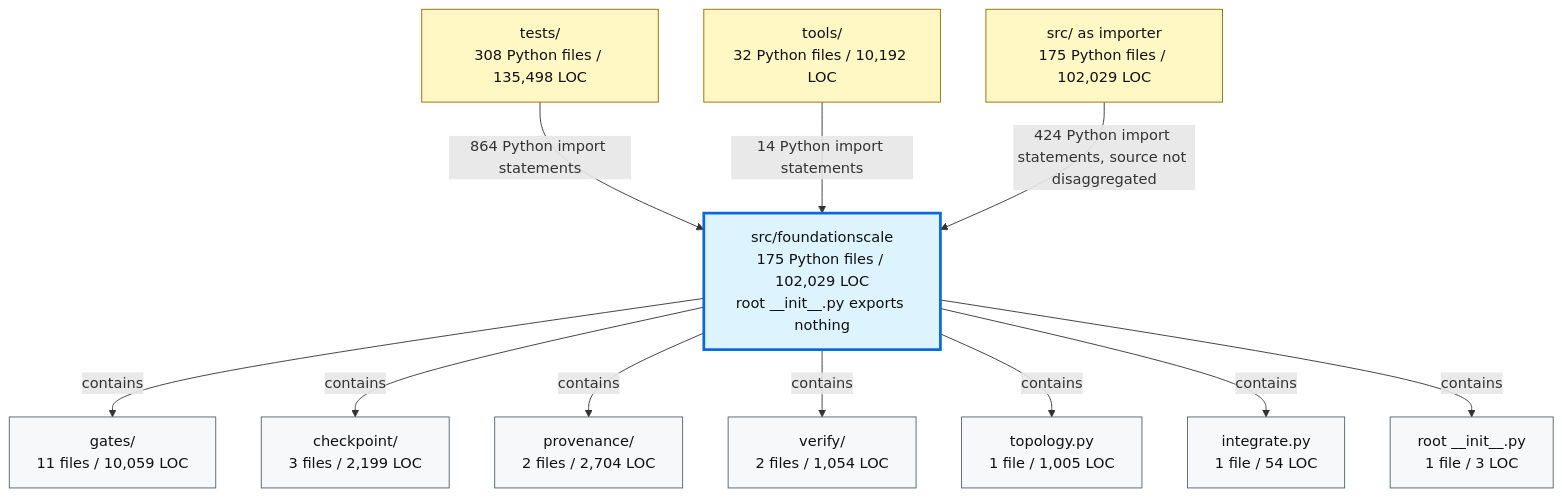
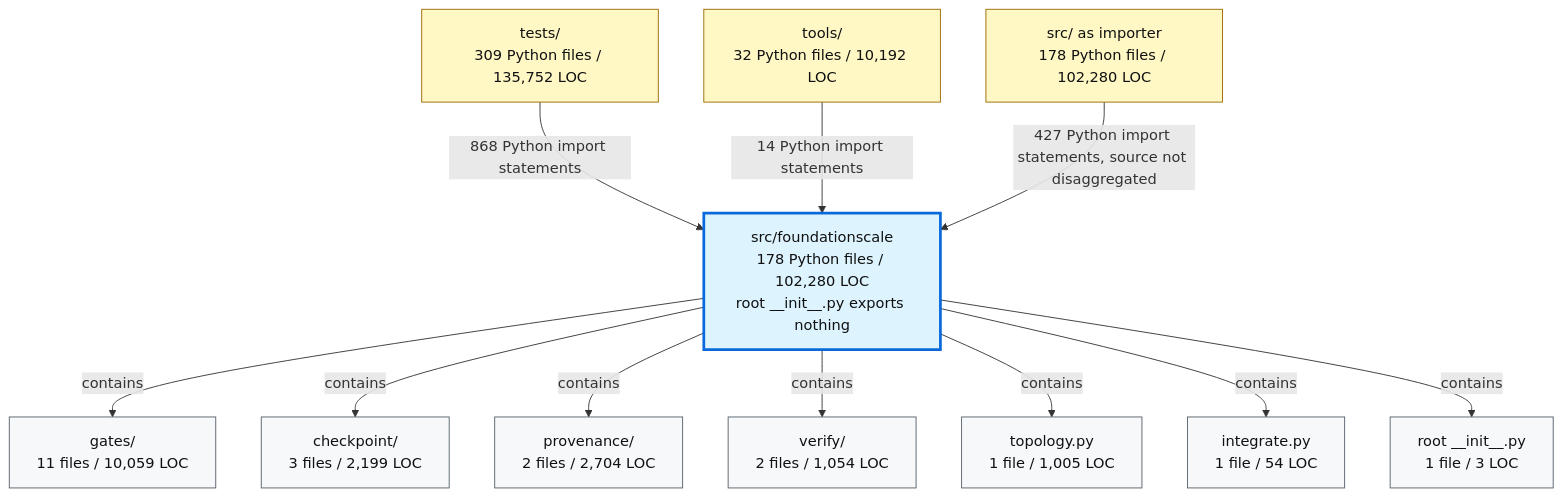
One commit to TranNhiem/FoundationScale changed the second of 2 diagrams in docs/review/D2_current_architecture.md. Above: the diagram before and after it, drawn with Mermaid. The commit also changed other lines of this file and 9 other files, not shown here.

````diff
--- a/docs/review/D2_current_architecture.md
+++ b/docs/review/D2_current_architecture.md
@@ -97,36 +97,36 @@
 ```mermaid
 flowchart TB
-  TESTS["tests/<br/>308 Python files / 135,498 LOC"]
+  TESTS["tests/<br/>309 Python files / 135,752 LOC"]
   TOOLS["tools/<br/>32 Python files / 10,192 LOC"]
-  SRC["src/ as importer<br/>175 Python files / 102,029 LOC"]
+  SRC["src/ as importer<br/>178 Python files / 102,280 LOC"]
 
-  FS["src/foundationscale<br/>175 Python files / 102,029 LOC<br/>root __init__.py exports nothing"]
+  FS["src/foundationscale<br/>178 Python files / 102,280 LOC<br/>root __init__.py exports nothing"]
 
   GATES["gates/<br/>11 files / 10,059 LOC"]
   CKPT["checkpoint/<br/>3 files / 2,199 LOC"]
   PROV["provenance/<br/>2 files / 2,704 LOC"]
   VERIFY["verify/<br/>2 files / 1,054 LOC"]
   TOPO["topology.py<br/>1 file / 1,005 LOC"]
   INTEG["integrate.py<br/>1 file / 54 LOC"]
   ROOT["root __init__.py<br/>1 file / 3 LOC"]
 
-  TESTS -->|"864 Python import statements"| FS
+  TESTS -->|"868 Python import statements"| FS
   TOOLS -->|"14 Python import statements"| FS
-  SRC -->|"424 Python import statements, source not disaggregated"| FS
+  SRC -->|"427 Python import statements, source not disaggregated"| FS
 
   FS -->|"contains"| GATES
   FS -->|"contains"| CKPT
   FS -->|"contains"| PROV
   FS -->|"contains"| VERIFY
   FS -->|"contains"| TOPO
   FS -->|"contains"| INTEG
   FS -->|"contains"| ROOT
 
   classDef consumer fill:#fff8c5,stroke:#9a6700,color:#111;
   classDef package fill:#ddf4ff,stroke:#0969da,stroke-width:3px,color:#111;
   classDef module fill:#f6f8fa,stroke:#57606a,color:#111;
 
   class TESTS,TOOLS,SRC consumer;
   class FS package;
   class GATES,CKPT,PROV,VERIFY,TOPO,INTEG,ROOT module;
 ```
````
